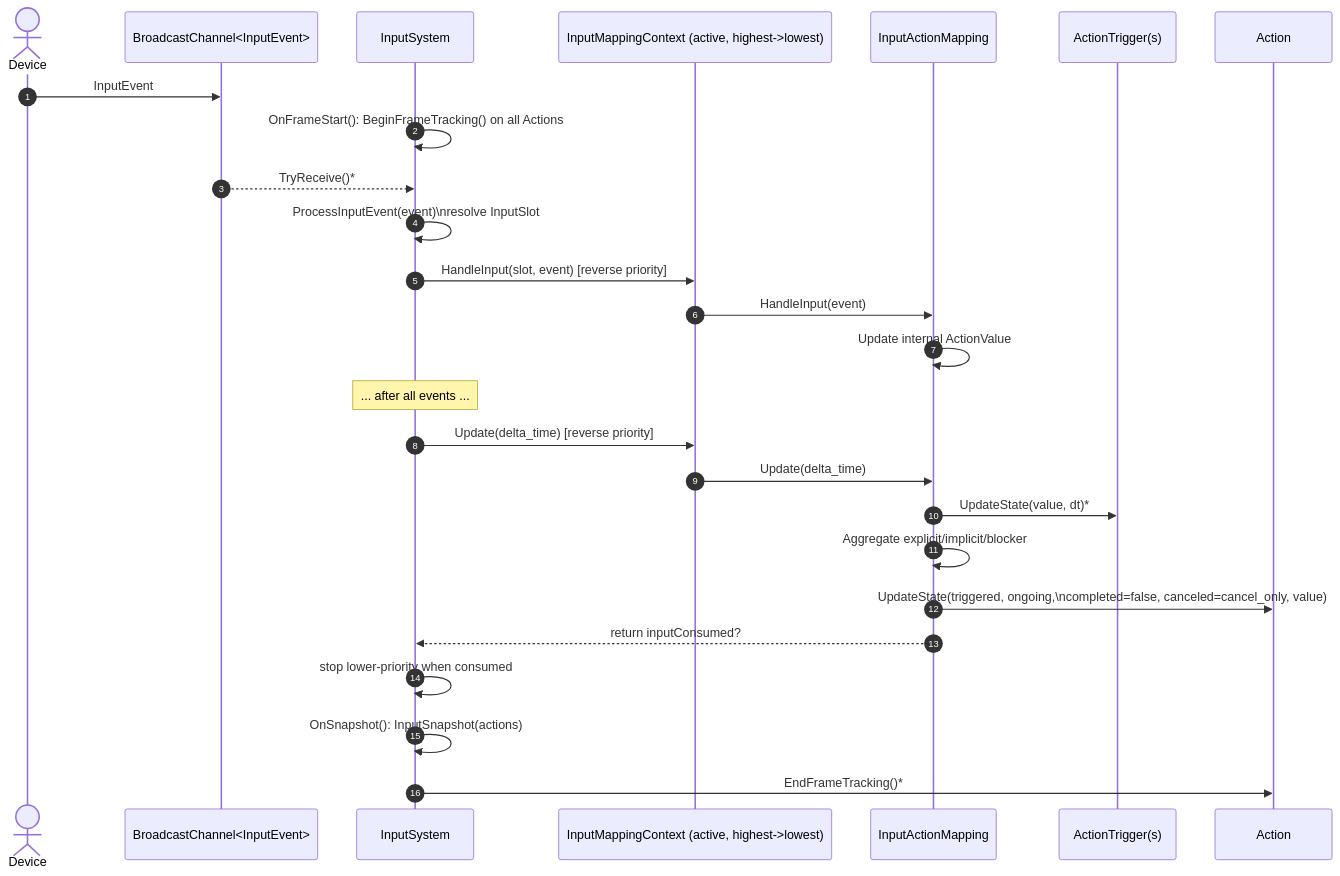
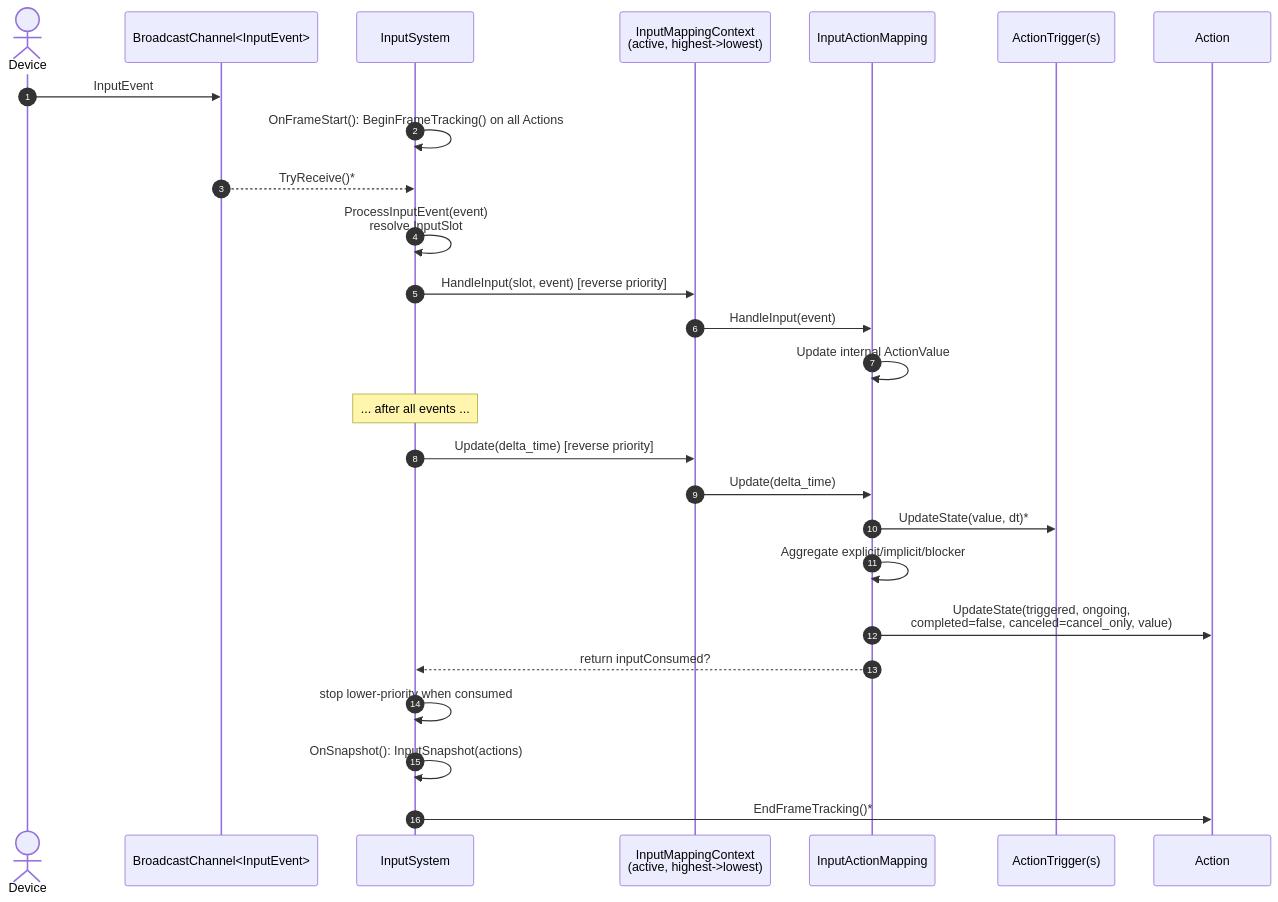
Before and after one commit to abdes/DroidNet: the first of 4 diagrams in projects/Oxygen.Engine/src/Oxygen/Input/README.md, drawn with Mermaid. The commit also changed other lines of this file, not shown here.

Commit message:
docs(input): refine the README for the input system

````diff
--- a/projects/Oxygen.Engine/src/Oxygen/Input/README.md
+++ b/projects/Oxygen.Engine/src/Oxygen/Input/README.md
@@ -72,29 +72,29 @@
 ```mermaid
 sequenceDiagram
   autonumber
   actor Device
   participant Channel as BroadcastChannel<InputEvent>
   participant IS as InputSystem
-  participant Ctx as InputMappingContext (active, highest->lowest)
+  participant Ctx as InputMappingContext<br>(active, highest->lowest)
   participant Map as InputActionMapping
   participant Trig as ActionTrigger(s)
   participant Act as Action
 
   Device->>Channel: InputEvent
   IS->>IS: OnFrameStart(): BeginFrameTracking() on all Actions
   Channel-->>IS: TryReceive()*
-  IS->>IS: ProcessInputEvent(event)\nresolve InputSlot
+  IS->>IS: ProcessInputEvent(event)<br>resolve InputSlot
   IS->>Ctx: HandleInput(slot, event) [reverse priority]
   Ctx->>Map: HandleInput(event)
   Map->>Map: Update internal ActionValue
   Note over IS: ... after all events ...
   IS->>Ctx: Update(delta_time) [reverse priority]
   Ctx->>Map: Update(delta_time)
   Map->>Trig: UpdateState(value, dt)*
   Map->>Map: Aggregate explicit/implicit/blocker
-  Map->>Act: UpdateState(triggered, ongoing,\ncompleted=false, canceled=cancel_only, value)
+  Map->>Act: UpdateState(triggered, ongoing,<br>completed=false, canceled=cancel_only, value)
   Map-->>IS: return inputConsumed?
   IS->>IS: stop lower-priority when consumed
   IS->>IS: OnSnapshot(): InputSnapshot(actions)
   IS->>Act: EndFrameTracking()*
 ```
````
